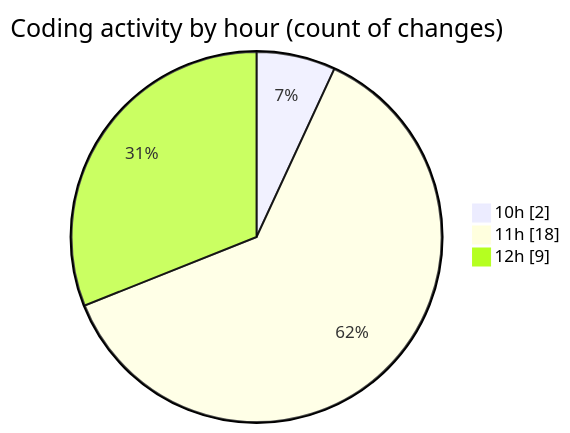
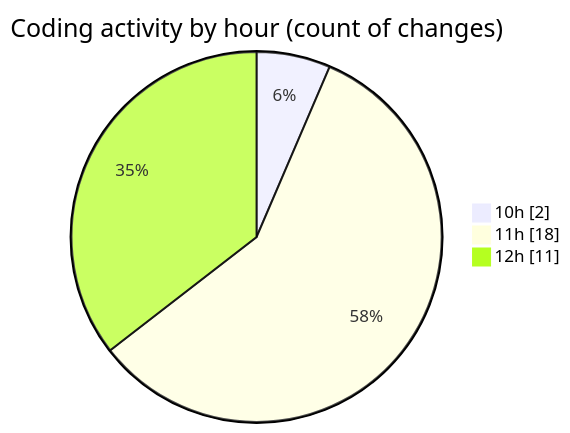
Before and after one commit to nxtqubesakshisongat/code-tracking: the second of 2 diagrams in 2025-08-05/nxtqube_webapp/README.md, drawn with Mermaid. The commit also changed other lines of this file and 1 other file, not shown here.

````diff
--- a/2025-08-05/nxtqube_webapp/README.md
+++ b/2025-08-05/nxtqube_webapp/README.md
@@ -34,7 +35,7 @@
 ```mermaid
 pie showData
 title Coding activity by hour (count of changes)
 "10h" : 2
 "11h" : 18
-"12h" : 9
+"12h" : 11
 ```
````
